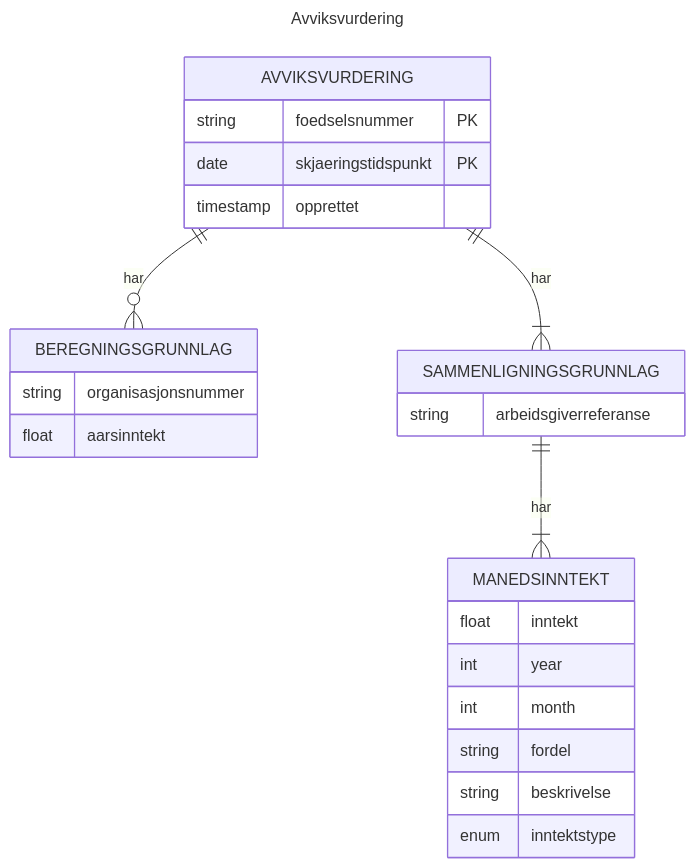
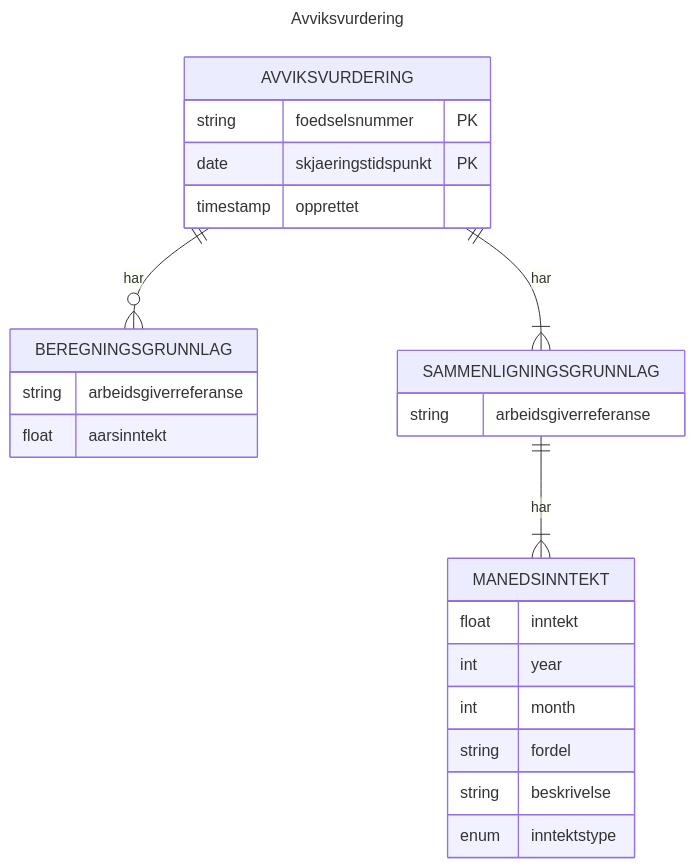
The second of 2 diagrams in README.md (navikt/helse-spinnvill), drawn with Mermaid before and after one commit. The commit also changed 11 other files, not shown here.

First line of the commit message:
♻️ Organisasjonsnummer -> arbeidsgiverreferanse for beregningsgrunnlag

````diff
--- a/README.md
+++ b/README.md
@@ -49,33 +49,33 @@
 ```mermaid
 ---
 title: Avviksvurdering
 ---
 erDiagram
     AVVIKSVURDERING ||--o{ BEREGNINGSGRUNNLAG: har
     AVVIKSVURDERING ||--|{ SAMMENLIGNINGSGRUNNLAG: har
     SAMMENLIGNINGSGRUNNLAG ||--|{ MANEDSINNTEKT: har
   
     AVVIKSVURDERING {
       string foedselsnummer PK
       date skjaeringstidspunkt PK
       timestamp opprettet
     }
 
     SAMMENLIGNINGSGRUNNLAG {
       string arbeidsgiverreferanse
     }
     
     MANEDSINNTEKT {
         float inntekt
         int year
         int month
         string fordel
         string beskrivelse
         enum inntektstype
     }
   
     BEREGNINGSGRUNNLAG {
-      string organisasjonsnummer
+      string arbeidsgiverreferanse
       float aarsinntekt
     }
 ```
````
